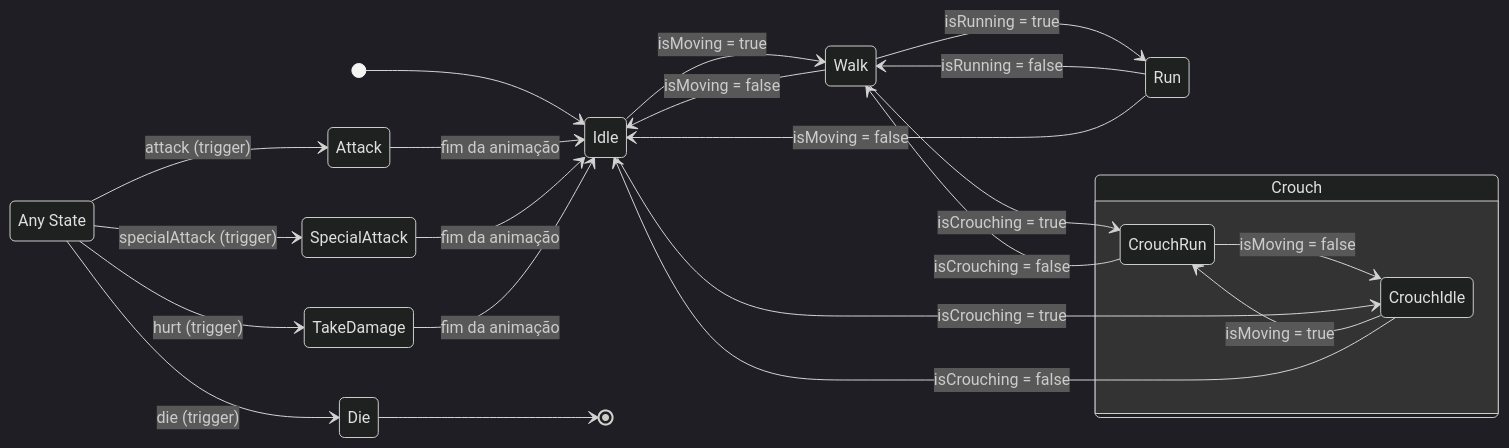
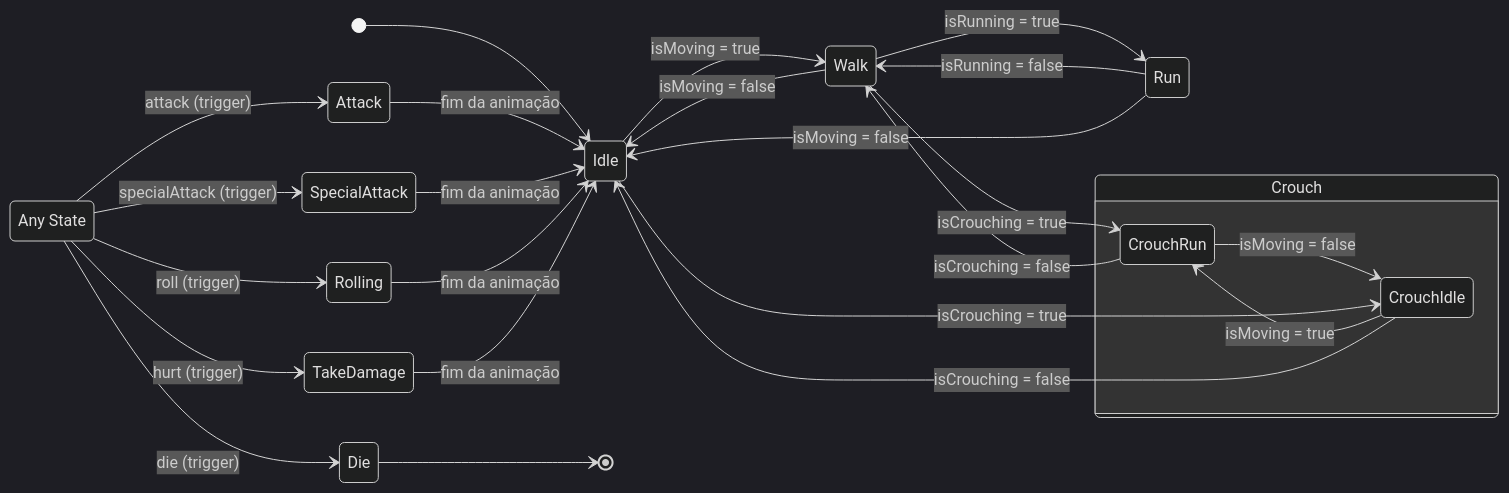
One commit to 4ferfer2l8/ProvaIA changed the diagram in README.md. Above: the diagram before and after it, drawn with Mermaid (dark theme). The commit also changed other lines of this file, not shown here.

Commit message:
Add rolling state and trigger to README

````diff
--- a/README.md
+++ b/README.md
@@ -21,37 +21,39 @@
 ```mermaid
 stateDiagram-v2
     direction LR
 
     [*] --> Idle
 
     Idle --> Walk: isMoving = true
     Walk --> Idle: isMoving = false
 
     Walk --> Run: isRunning = true
     Run --> Walk: isRunning = false
     Run --> Idle: isMoving = false
 
     state Crouch {
         direction LR
         CrouchIdle --> CrouchRun: isMoving = true
         CrouchRun --> CrouchIdle: isMoving = false
     }
 
     Idle --> CrouchIdle: isCrouching = true
     CrouchIdle --> Idle: isCrouching = false
     Walk --> CrouchRun: isCrouching = true
     CrouchRun --> Walk: isCrouching = false
 
     state "Any State" as AnyState
 
     AnyState --> Attack: attack (trigger)
     AnyState --> SpecialAttack: specialAttack (trigger)
+    AnyState --> Rolling: roll (trigger)
     AnyState --> TakeDamage: hurt (trigger)
     AnyState --> Die: die (trigger)
 
     Attack --> Idle: fim da animação
     SpecialAttack --> Idle: fim da animação
+    Rolling --> Idle: fim da animação
     TakeDamage --> Idle: fim da animação
 
     Die --> [*]
 ```
````
